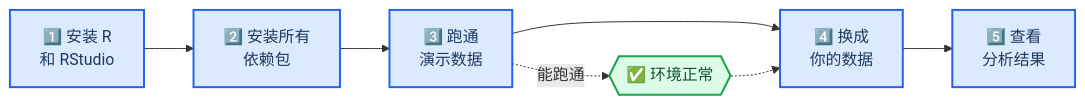
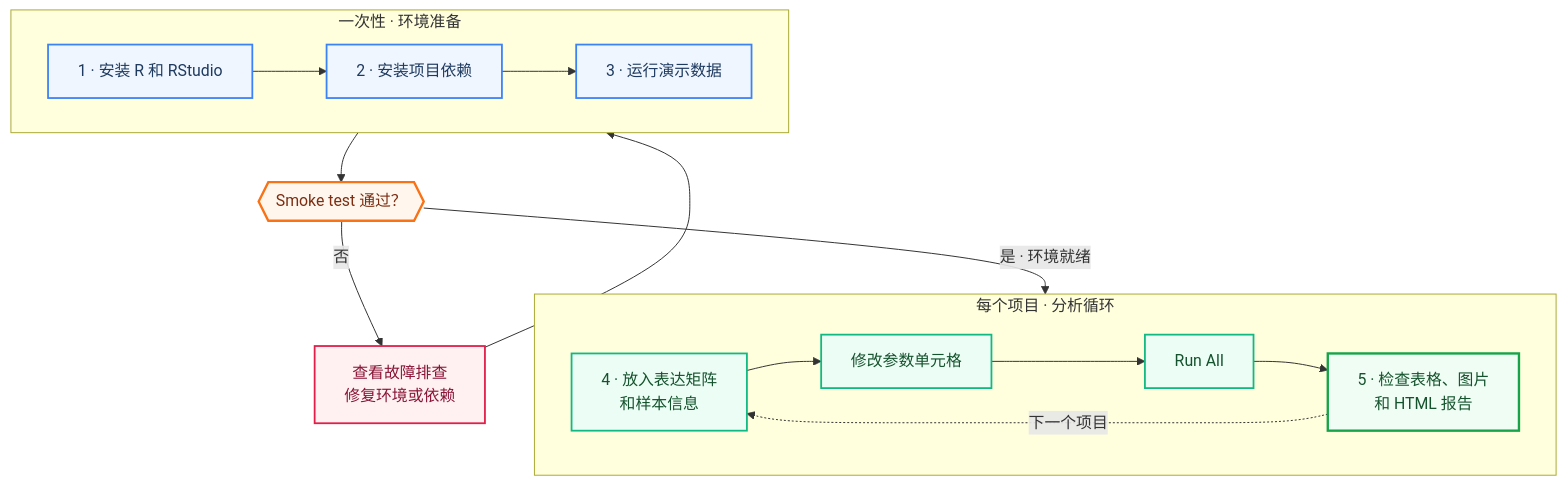
The diagram in GETTING_STARTED.md (yelu61/RNAseq-Templates), drawn with Mermaid before and after one commit. The commit also changed 4 other files, not shown here.

Commit message:
Improve Mermaid workflows and clarify TME network requirements

````diff
--- a/GETTING_STARTED.md
+++ b/GETTING_STARTED.md
@@ -7,24 +7,43 @@
 ```mermaid
-flowchart LR
+flowchart TB
     accTitle: 零基础上手五步流程
-    accDescr: 从安装 R 和 RStudio 开始，安装依赖包，跑通演示数据，然后换成自己的数据运行分析，最后查看生成的结果。这是一个面向无编程经验用户的五步上手流程。
+    accDescr: 首次使用时安装 R 和项目依赖并运行演示，通过环境检查后进入每个项目的数据配置、分析运行和结果查看循环；检查失败则先查阅排错指南再重试。
 
-    s1["1️⃣ 安装 R<br/>和 RStudio"]
-    s2["2️⃣ 安装所有<br/>依赖包"]
-    s3["3️⃣ 跑通<br/>演示数据"]
-    s4["4️⃣ 换成<br/>你的数据"]
-    s5["5️⃣ 查看<br/>分析结果"]
+    subgraph one_time ["一次性 · 环境准备"]
+        direction LR
+        install["1 · 安装 R 和 RStudio"]
+        dependencies["2 · 安装项目依赖"]
+        demo["3 · 运行演示数据"]
+        install --> dependencies --> demo
+    end
 
-    s1 --> s2 --> s3 --> s4 --> s5
+    check{{"Smoke test 通过？"}}
+    troubleshoot["查看故障排查<br/>修复环境或依赖"]
 
-    ok{{"✅ 环境正常"}}
+    subgraph every_project ["每个项目 · 分析循环"]
+        direction LR
+        own_data["4 · 放入表达矩阵<br/>和样本信息"]
+        configure["修改参数单元格"]
+        run["Run All"]
+        results["5 · 检查表格、图片<br/>和 HTML 报告"]
+        own_data --> configure --> run --> results
+    end
 
-    s3 -.->|能跑通| ok
-    ok -.-> s4
+    demo --> check
+    check -->|"是 · 环境就绪"| own_data
+    check -->|"否"| troubleshoot
+    troubleshoot --> dependencies
+    results -.->|"下一个项目"| own_data
 
-    classDef step fill:#dbeafe,stroke:#2563eb,stroke-width:2px,color:#1e3a5f
-    classDef good fill:#dcfce7,stroke:#16a34a,stroke-width:2px,color:#14532d
+    classDef setup fill:#eff6ff,stroke:#3b82f6,stroke-width:1.8px,color:#1e3a5f
+    classDef gate fill:#fff7ed,stroke:#f97316,stroke-width:2.4px,color:#7c2d12
+    classDef recovery fill:#fff1f2,stroke:#e11d48,stroke-width:1.8px,color:#881337
+    classDef project fill:#ecfdf5,stroke:#10b981,stroke-width:1.8px,color:#14532d
+    classDef result fill:#f0fdf4,stroke:#16a34a,stroke-width:2.4px,color:#14532d
 
-    class s1,s2,s3,s4,s5 step
-    class ok good
+    class install,dependencies,demo setup
+    class check gate
+    class troubleshoot recovery
+    class own_data,configure,run project
+    class results result
 ```
````
